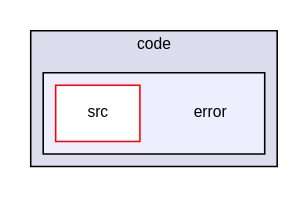
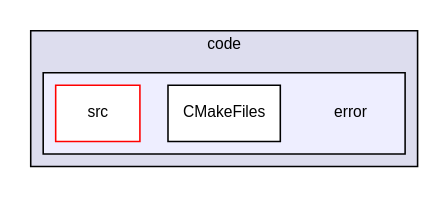
One commit to kylehovey/MATH_5620 changed the diagram in softwareManual/dir_2209eac7ecc8a514a37290408d540b7b_dep.dot. Above: the diagram before and after it, drawn with Graphviz. The commit also changed 134 other files, not shown here.

```diff
--- a/softwareManual/dir_2209eac7ecc8a514a37290408d540b7b_dep.dot
+++ b/softwareManual/dir_2209eac7ecc8a514a37290408d540b7b_dep.dot
@@ -1,13 +1,14 @@
 digraph "error" {
   compound=true
   node [ fontsize="10", fontname="Helvetica"];
   edge [ labelfontsize="10", labelfontname="Helvetica"];
   subgraph clusterdir_050edd66366d13764f98250ef6db77f6 {
     graph [ bgcolor="#ddddee", pencolor="black", label="code" fontname="Helvetica", fontsize="10", URL="dir_050edd66366d13764f98250ef6db77f6.html"]
   subgraph clusterdir_2209eac7ecc8a514a37290408d540b7b {
     graph [ bgcolor="#eeeeff", pencolor="black", label="" URL="dir_2209eac7ecc8a514a37290408d540b7b.html"];
     dir_2209eac7ecc8a514a37290408d540b7b [shape=plaintext label="error"];
+    dir_6f55186507218000b670c0ac0a3fa085 [shape=box label="CMakeFiles" color="black" fillcolor="white" style="filled" URL="dir_6f55186507218000b670c0ac0a3fa085.html"];
     dir_e4e5c5d5691976c766136751b00a606c [shape=box label="src" color="red" fillcolor="white" style="filled" URL="dir_e4e5c5d5691976c766136751b00a606c.html"];
   }
   }
 }
```
